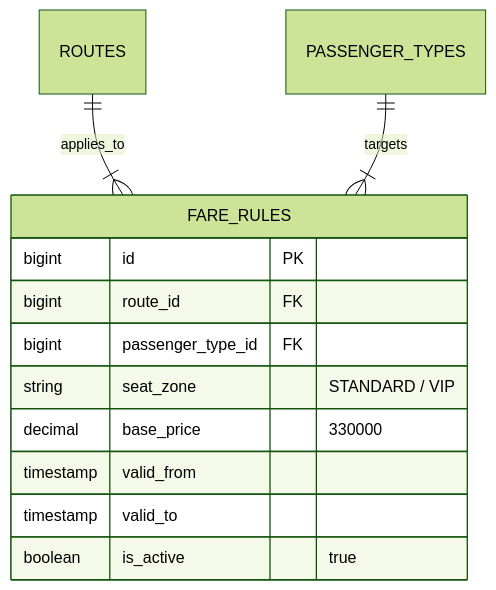
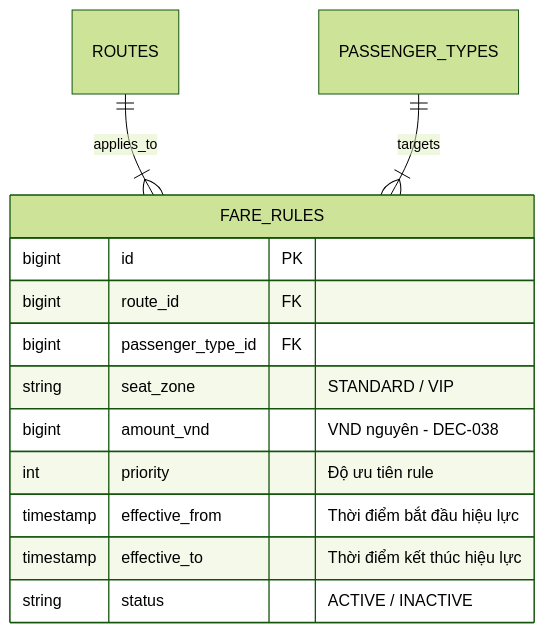
The diagram in content/docs/chuong-02-lich-chay-tinh-gia-va-coupon/02-dong-co-tinh-gia-ve-dynamic.mdx (tomone2kd000-ux/superdong-booking-system), drawn with Mermaid (forest theme) before and after one commit. The commit also changed other lines of this file and 4 other files, not shown here.

Commit message:
docs: add Chapter 07 Appendix - Complete ERD Design & Schema Rationale Handbook with 29 architectural sections

````diff
--- a/content/docs/chuong-02-lich-chay-tinh-gia-va-coupon/02-dong-co-tinh-gia-ve-dynamic.mdx
+++ b/content/docs/chuong-02-lich-chay-tinh-gia-va-coupon/02-dong-co-tinh-gia-ve-dynamic.mdx
@@ -38,16 +38,17 @@
 ```mermaid
 erDiagram
     ROUTES ||--|{ FARE_RULES : applies_to
     PASSENGER_TYPES ||--|{ FARE_RULES : targets
 
     FARE_RULES {
         bigint id PK
         bigint route_id FK
         bigint passenger_type_id FK
         string seat_zone "STANDARD / VIP"
-        decimal base_price "330000"
-        timestamp valid_from
-        timestamp valid_to
-        boolean is_active "true"
+        bigint amount_vnd "VND nguyên - DEC-038"
+        int priority "Độ ưu tiên rule"
+        timestamp effective_from "Thời điểm bắt đầu hiệu lực"
+        timestamp effective_to "Thời điểm kết thúc hiệu lực"
+        string status "ACTIVE / INACTIVE"
     }
 ```
````
